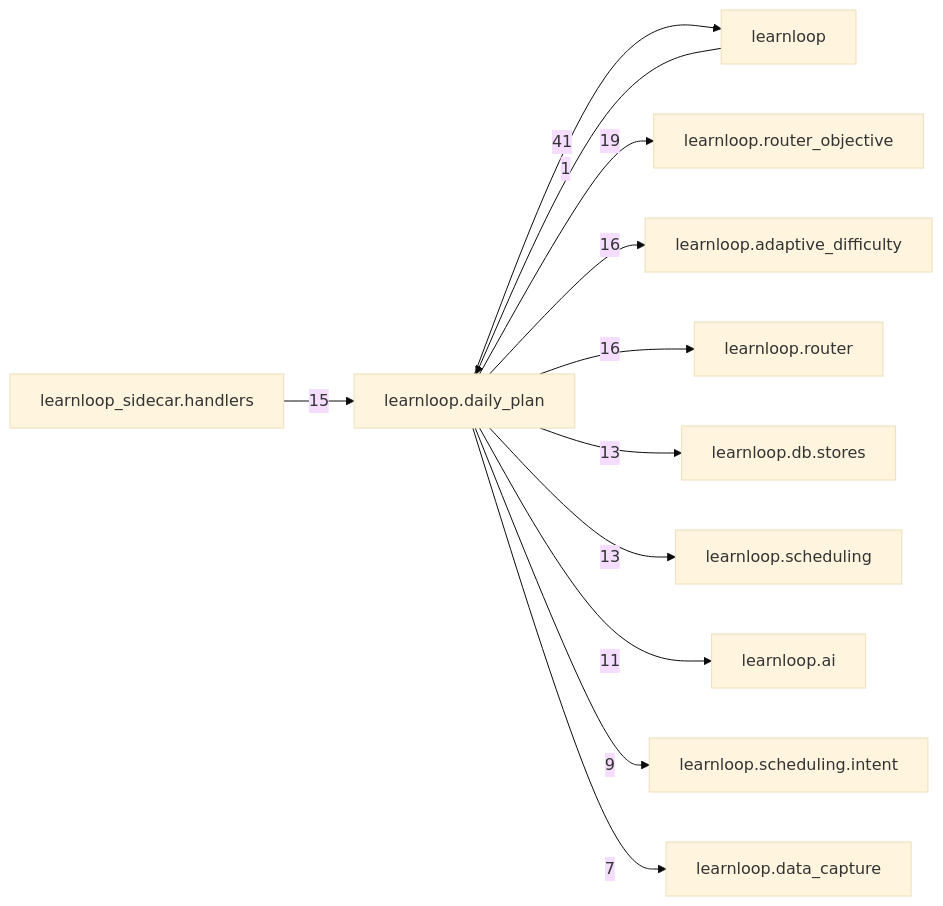
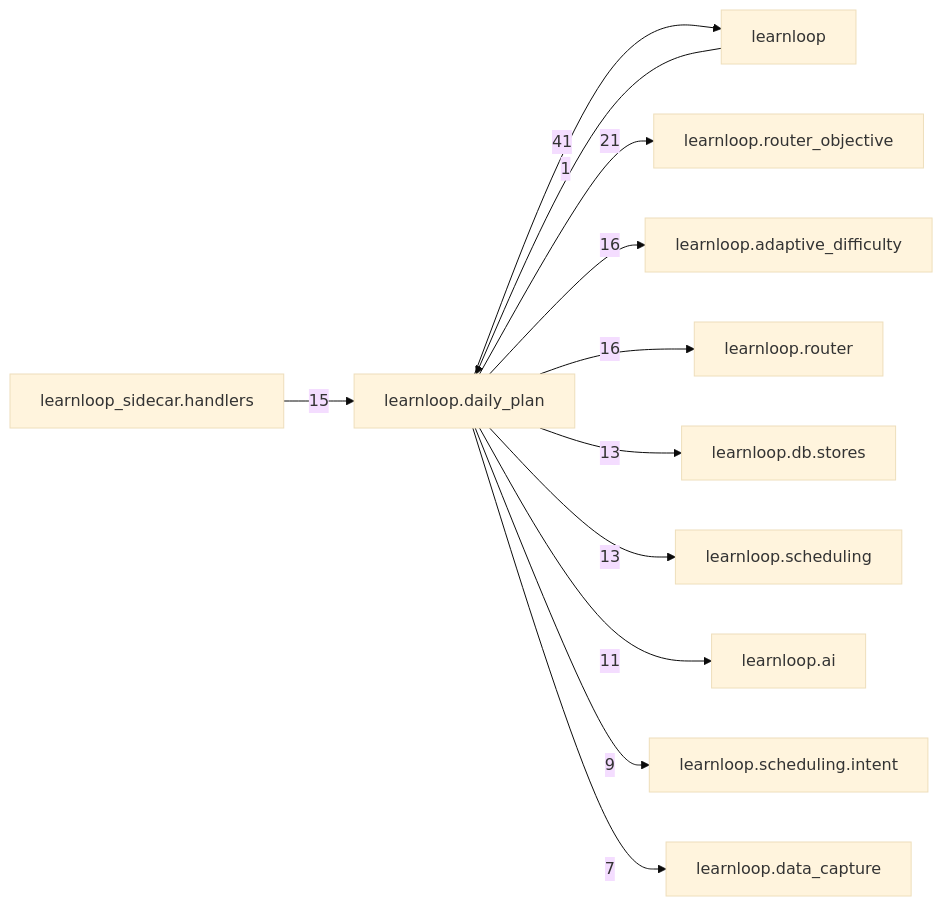
Before and after one commit to 6up-b/learnanything: the diagram in docs/learnloop-architecture-vault/Reference/Modules/learnloop/daily_plan/_package.md, drawn with Mermaid (base theme). The commit also changed other lines of this file and 78 other files, not shown here.

````diff
--- a/docs/learnloop-architecture-vault/Reference/Modules/learnloop/daily_plan/_package.md
+++ b/docs/learnloop-architecture-vault/Reference/Modules/learnloop/daily_plan/_package.md
@@ -158,25 +158,25 @@
 ```mermaid
 flowchart LR
     center["learnloop.daily_plan"]
     n_learnloop["learnloop"]
     n_learnloop_router_objective["learnloop.router_objective"]
     n_learnloop_adaptive_difficulty["learnloop.adaptive_difficulty"]
     n_learnloop_router["learnloop.router"]
     n_learnloop_sidecar_handlers["learnloop_sidecar.handlers"]
     n_learnloop_db_stores["learnloop.db.stores"]
     n_learnloop_scheduling["learnloop.scheduling"]
     n_learnloop_ai["learnloop.ai"]
     n_learnloop_scheduling_intent["learnloop.scheduling.intent"]
     n_learnloop_data_capture["learnloop.data_capture"]
     n_learnloop -->|1| center
     center -->|41| n_learnloop
-    center -->|19| n_learnloop_router_objective
+    center -->|21| n_learnloop_router_objective
     center -->|16| n_learnloop_adaptive_difficulty
     center -->|16| n_learnloop_router
     n_learnloop_sidecar_handlers -->|15| center
     center -->|13| n_learnloop_db_stores
     center -->|13| n_learnloop_scheduling
     center -->|11| n_learnloop_ai
     center -->|9| n_learnloop_scheduling_intent
     center -->|7| n_learnloop_data_capture
 ```
````
